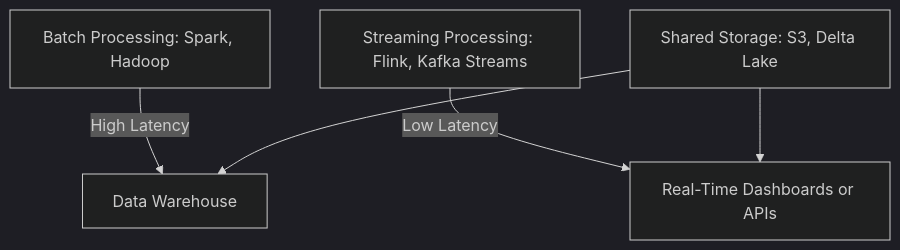
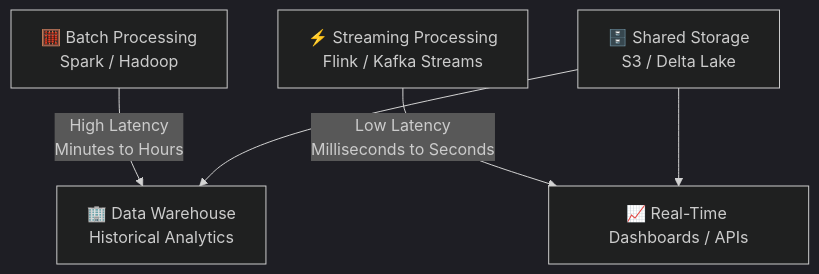
Before and after one commit to aeishwarymishra/experiment-bigdata: the third of 3 diagrams in bigdata.md, drawn with Mermaid (dark theme). The commit also changed other lines of this file, not shown here.

````diff
--- a/bigdata.md
+++ b/bigdata.md
@@ -51,7 +54,17 @@
 ```mermaid
+
 graph TD
-    A[Batch Processing: Spark, Hadoop] -->|High Latency| B[Data Warehouse]
-    C[Streaming Processing: Flink, Kafka Streams] -->|Low Latency| D[Real-Time Dashboards or APIs]
-    E[Shared Storage: S3, Delta Lake] --> B
+    %% Batch path
+    A[🧮 Batch Processing<br/>Spark / Hadoop] -->|High Latency<br/>Minutes to Hours| B[🏢 Data Warehouse<br/>Historical Analytics]
+    %% Streaming path
+    C[⚡ Streaming Processing<br/>Flink / Kafka Streams] -->|Low Latency<br/>Milliseconds to Seconds| D[📈 Real-Time Dashboards / APIs]
+    %% Shared storage foundation
+    E[🗄️ Shared Storage<br/>S3 / Delta Lake] --> B
     E --> D
+
+    %% Comments
+    %% Batch = periodic, throughput-focused, used for deep analytics
+    %% Streaming = continuous, latency-focused, used for instant insights
+    %% Both converge on same storage foundation (Lakehouse)
+
 ```
````
